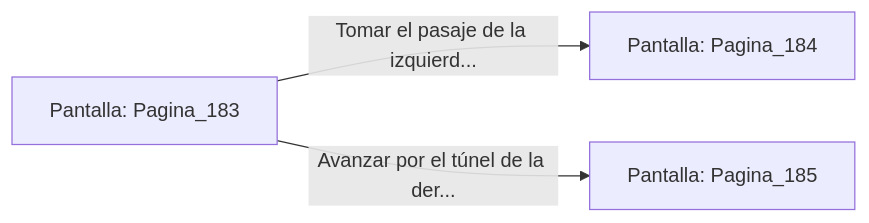
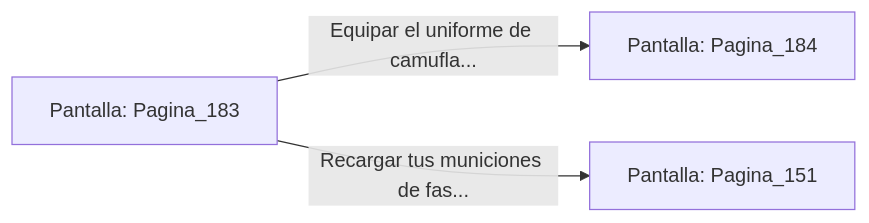
One commit to metsuke/mpl changed the diagram in sample/eligejuego-vault/Pantalla_Pagina_183.md. Above: the diagram before and after it, drawn with Mermaid. The commit also changed other lines of this file and 635 other files, not shown here.

First line of the commit message:
fix: añadir Pagina_1 como pantalla inicial en capitulo_01.mpl

````diff
--- a/sample/eligejuego-vault/Pantalla_Pagina_183.md
+++ b/sample/eligejuego-vault/Pantalla_Pagina_183.md
@@ -20,6 +24,6 @@
 ```mermaid
 graph LR
     P_Pagina_183["Pantalla: Pagina_183"]
-    P_Pagina_183 -->|"Tomar el pasaje de la izquierd..."| P_Pagina_184["Pantalla: Pagina_184"]
-    P_Pagina_183 -->|"Avanzar por el túnel de la der..."| P_Pagina_185["Pantalla: Pagina_185"]
+    P_Pagina_183 -->|"Equipar el uniforme de camufla..."| P_Pagina_184["Pantalla: Pagina_184"]
+    P_Pagina_183 -->|"Recargar tus municiones de fas..."| P_Pagina_151["Pantalla: Pagina_151"]
 ```
````
